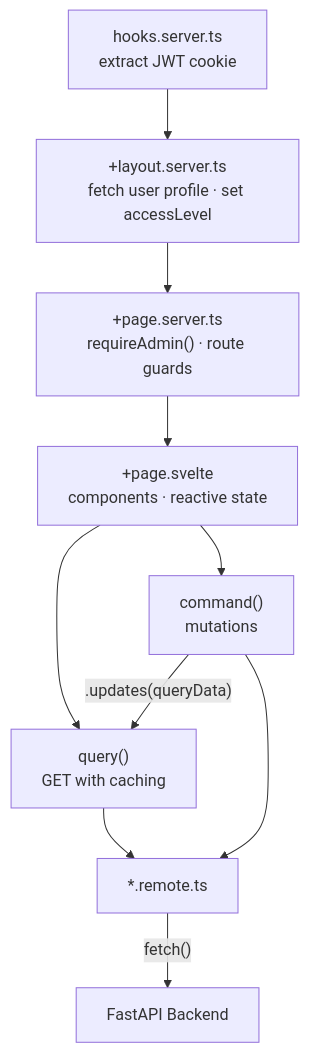
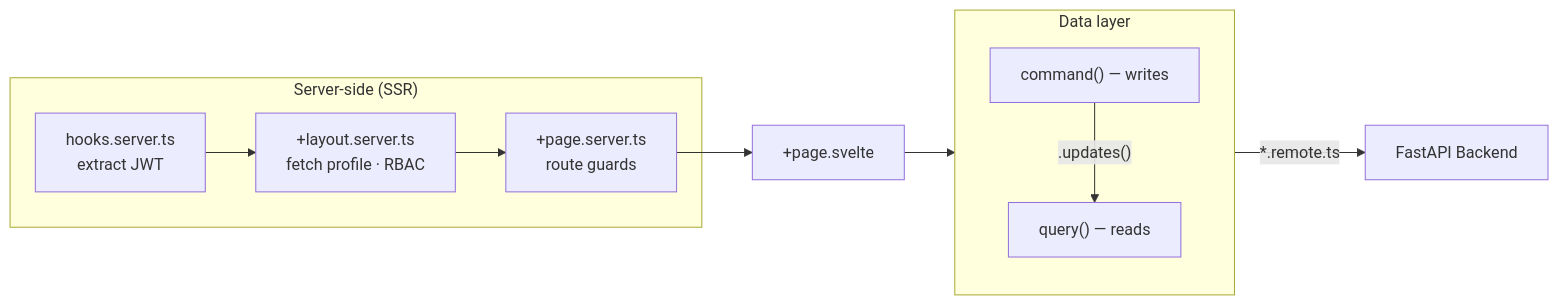
One commit to AI-Riksarkivet/ra-hcp changed the first of 2 diagrams in docs/architecture/frontend.md. Above: the diagram before and after it, drawn with Mermaid. The commit also changed 4 other files, not shown here.

Commit message:
docs(frontend): improve architecture diagram layout with LR flow and subgraphs

````diff
--- a/docs/architecture/frontend.md
+++ b/docs/architecture/frontend.md
@@ -5,14 +5,19 @@
 ```mermaid
-graph TD
-    HOOK["hooks.server.ts<br/>extract JWT cookie"] --> LAYOUT["+layout.server.ts<br/>fetch user profile · set accessLevel"]
-    LAYOUT --> GUARD["+page.server.ts<br/>requireAdmin() · route guards"]
-    GUARD --> PAGE["+page.svelte<br/>components · reactive state"]
+graph LR
+    subgraph Server["Server-side (SSR)"]
+        HOOK["hooks.server.ts<br/>extract JWT"] --> LAYOUT["+layout.server.ts<br/>fetch profile · RBAC"]
+        LAYOUT --> GUARD["+page.server.ts<br/>route guards"]
+    end
 
-    PAGE --> Q["query()<br/>GET with caching"]
-    PAGE --> C["command()<br/>mutations"]
-    C -->|".updates(queryData)"| Q
+    GUARD --> PAGE["+page.svelte"]
 
-    Q --> REM["*.remote.ts"]
-    C --> REM
-    REM -->|"fetch()"| API["FastAPI Backend"]
+    subgraph Data["Data layer"]
+        direction TB
+        Q["query() — reads"]
+        C["command() — writes"]
+        C -->|".updates()"| Q
+    end
+
+    PAGE --> Data
+    Data -->|"*.remote.ts"| API["FastAPI Backend"]
 ```
````
